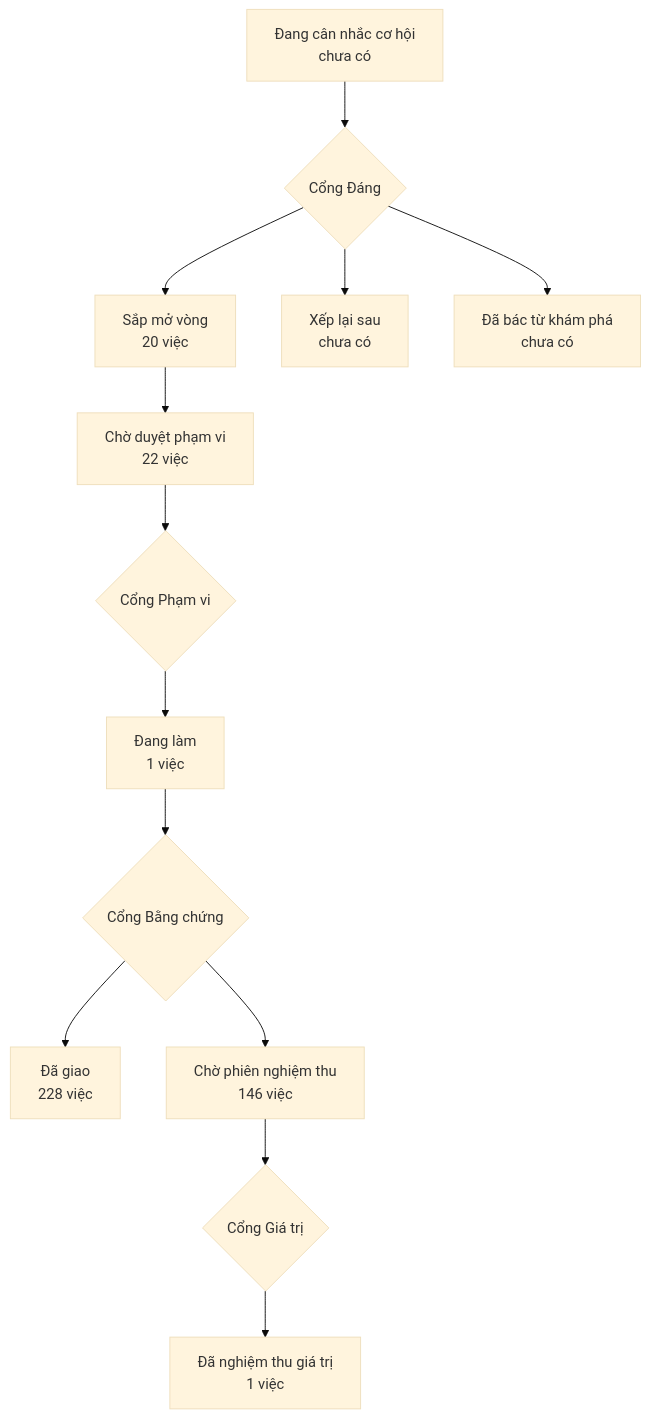
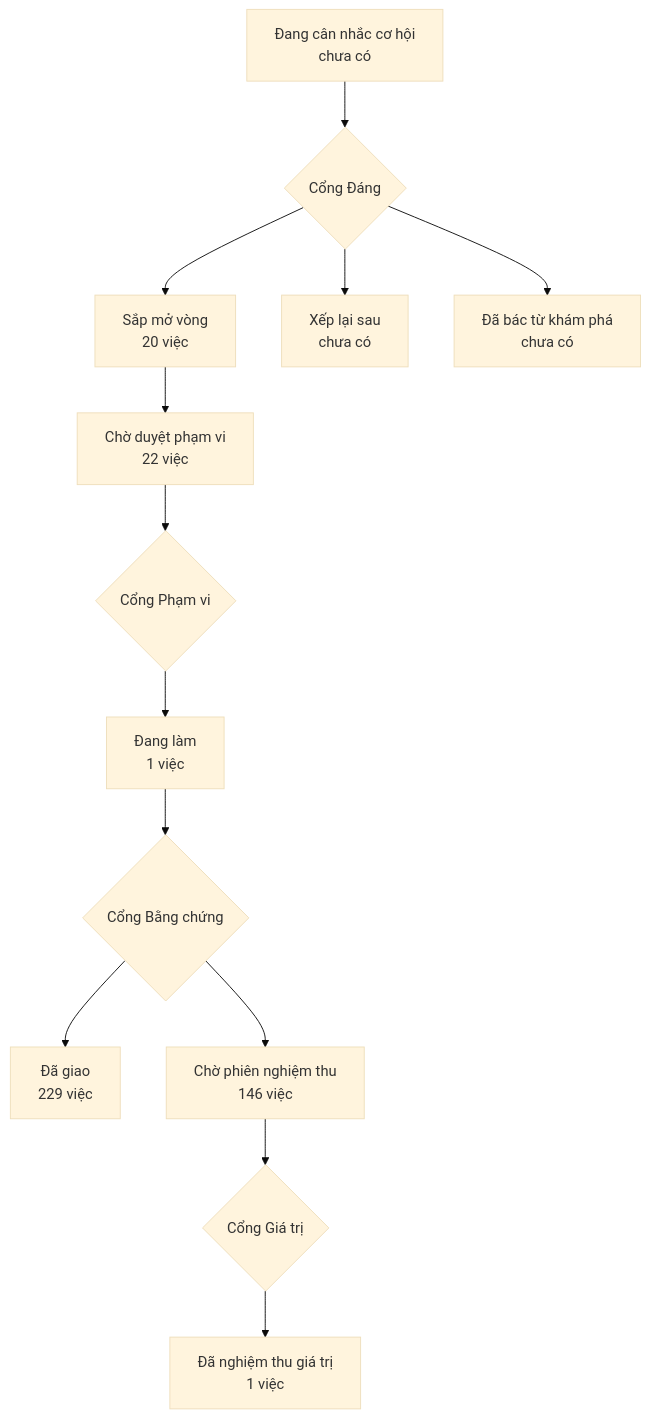
Before and after one commit to phanlemanh/onehub-invest: the diagram in PRODUCT-MAP.md, drawn with Mermaid (base theme). The commit also changed other lines of this file and 1 other file, not shown here.

Commit message:
chore(acceptance): vẽ lại PRODUCT-MAP và LO-TRINH sau khi nhận main 816796cf3 (db-chi-nghe-noi-bo-va-chinh-postgres)

````diff
--- a/PRODUCT-MAP.md
+++ b/PRODUCT-MAP.md
@@ -7,12 +7,12 @@
 ```mermaid
 flowchart TD
   A["Đang cân nhắc cơ hội<br/>chưa có"] --> GD{"Cổng Đáng"}
   GD --> B["Sắp mở vòng<br/>20 việc"]
   GD --> XL["Xếp lại sau<br/>chưa có"]
   GD --> DB["Đã bác từ khám phá<br/>chưa có"]
   B --> CD["Chờ duyệt phạm vi<br/>22 việc"] --> GP{"Cổng Phạm vi"}
   GP --> DL["Đang làm<br/>1 việc"] --> GB{"Cổng Bằng chứng"}
-  GB --> DG["Đã giao<br/>228 việc"]
+  GB --> DG["Đã giao<br/>229 việc"]
   GB --> CN["Chờ phiên nghiệm thu<br/>146 việc"] --> GG{"Cổng Giá trị"}
   GG --> NT["Đã nghiệm thu giá trị<br/>1 việc"]
 ```
````
